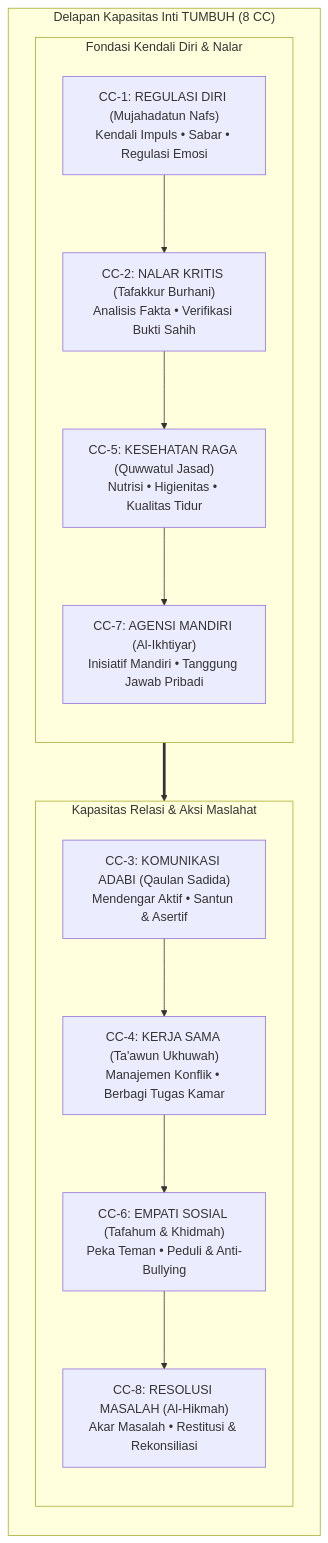
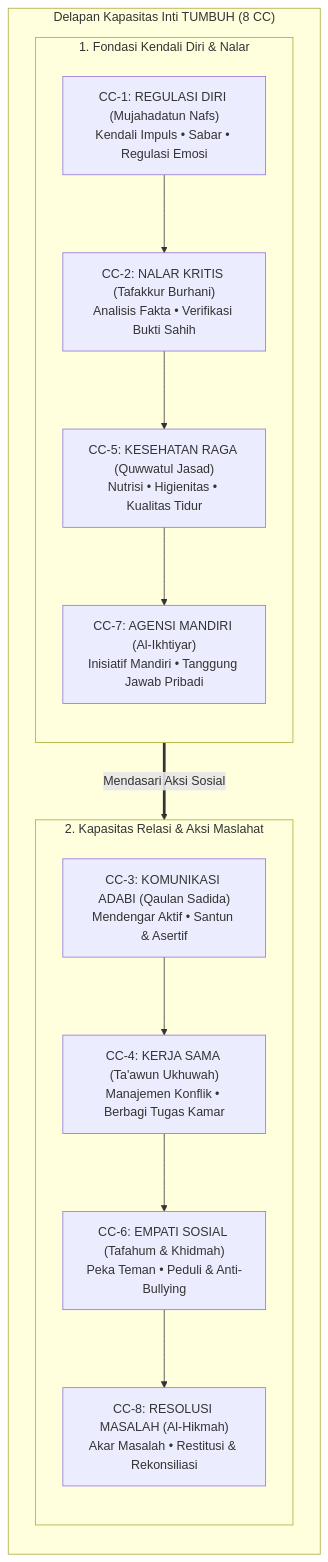
The fourth of 5 diagrams in BOOK Series 1/01-The-Fundamental-of-TUMBUH/Bab-10-Kerangka-Struktur-Model-Inti-TUMBUH.md (wandiapriliyandi/tumbuh), drawn with Mermaid before and after one commit. The commit also changed other lines of this file and 24 other files, not shown here.

Commit message:
fix(pdf): isolasi rendering mermaid dan optimasi proporsi diagram di seluruh bab

````diff
--- a/BOOK Series 1/01-The-Fundamental-of-TUMBUH/Bab-10-Kerangka-Struktur-Model-Inti-TUMBUH.md
+++ b/BOOK Series 1/01-The-Fundamental-of-TUMBUH/Bab-10-Kerangka-Struktur-Model-Inti-TUMBUH.md
@@ -151,23 +150,23 @@
 ```mermaid
-graph TD
+graph LR
     subgraph DELAPAN_KAPASITAS_INTI_TUMBUH["Delapan Kapasitas Inti TUMBUH (8 CC)"]
         direction TB
-        subgraph FONDASI_DIRI["Fondasi Kendali Diri & Nalar"]
+        subgraph FONDASI_DIRI["1. Fondasi Kendali Diri & Nalar"]
             direction TB
             C1["CC-1: REGULASI DIRI (Mujahadatun Nafs)<br/>Kendali Impuls • Sabar • Regulasi Emosi"]
             --> C2["CC-2: NALAR KRITIS (Tafakkur Burhani)<br/>Analisis Fakta • Verifikasi Bukti Sahih"]
             --> C5["CC-5: KESEHATAN RAGA (Quwwatul Jasad)<br/>Nutrisi • Higienitas • Kualitas Tidur"]
             --> C7["CC-7: AGENSI MANDIRI (Al-Ikhtiyar)<br/>Inisiatif Mandiri • Tanggung Jawab Pribadi"]
         end
 
-        subgraph FONDASI_SOSIAL["Kapasitas Relasi & Aksi Maslahat"]
+        subgraph FONDASI_SOSIAL["2. Kapasitas Relasi & Aksi Maslahat"]
             direction TB
             C3["CC-3: KOMUNIKASI ADABI (Qaulan Sadida)<br/>Mendengar Aktif • Santun & Asertif"]
             --> C4["CC-4: KERJA SAMA (Ta'awun Ukhuwah)<br/>Manajemen Konflik • Berbagi Tugas Kamar"]
             --> C6["CC-6: EMPATI SOSIAL (Tafahum & Khidmah)<br/>Peka Teman • Peduli & Anti-Bullying"]
             --> C8["CC-8: RESOLUSI MASALAH (Al-Hikmah)<br/>Akar Masalah • Restitusi & Rekonsiliasi"]
         end
 
-        FONDASI_DIRI ==> FONDASI_SOSIAL
+        FONDASI_DIRI ==>|Mendasari Aksi Sosial| FONDASI_SOSIAL
     end
 ```
````
